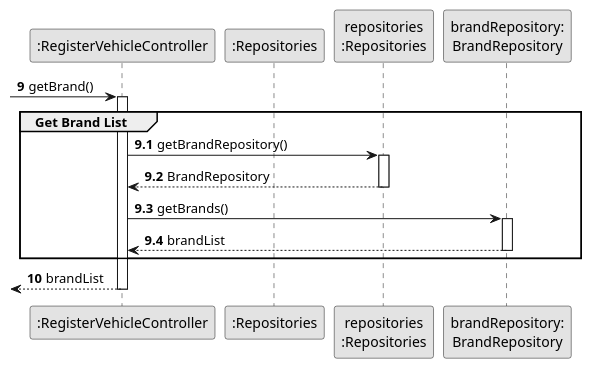
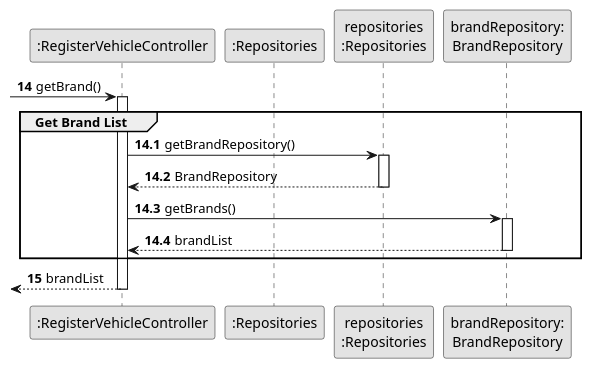
Before and after one commit to ricardomm7/leaflink: the diagram in docs/sprintB/us006/03.design/puml/us006-sequence-diagram-partial-get-brand-list.puml, drawn with PlantUML. The commit also changed 5 other files, not shown here.

Commit message:
LFC2-88 <Correct sequence diagram issues> LFC2-90 <correct sequence diagram issues>

```diff
--- a/docs/sprintB/us006/03.design/puml/us006-sequence-diagram-partial-get-brand-list.puml
+++ b/docs/sprintB/us006/03.design/puml/us006-sequence-diagram-partial-get-brand-list.puml
@@ -1,41 +1,41 @@
 @startuml
 skinparam monochrome true
 skinparam packageStyle rectangle
 skinparam shadowing false
 
 autonumber
 
 'hide footbox
 
 participant ":RegisterVehicleController" as CTRL
 participant ":Repositories" as RepositorySingleton
 participant "repositories\n:Repositories" as PLAT
 participant "brandRepository:\nBrandRepository" as BrandRepository
-autonumber 9
+autonumber 14
 
  -> CTRL : getBrand()
-autonumber 9.1
+autonumber 14.1
 
 activate CTRL
 
     group Get Brand List
 
             CTRL -> PLAT : getBrandRepository()
             activate PLAT
 
             PLAT --> CTRL: BrandRepository
             deactivate PLAT
 
             CTRL -> BrandRepository : getBrands()
             activate BrandRepository
 
             BrandRepository --> CTRL : brandList
             deactivate BrandRepository
 
     end
-    autonumber 10
+    autonumber 15
     <-- CTRL  : brandList
 deactivate CTRL
 
 
 @enduml
```
